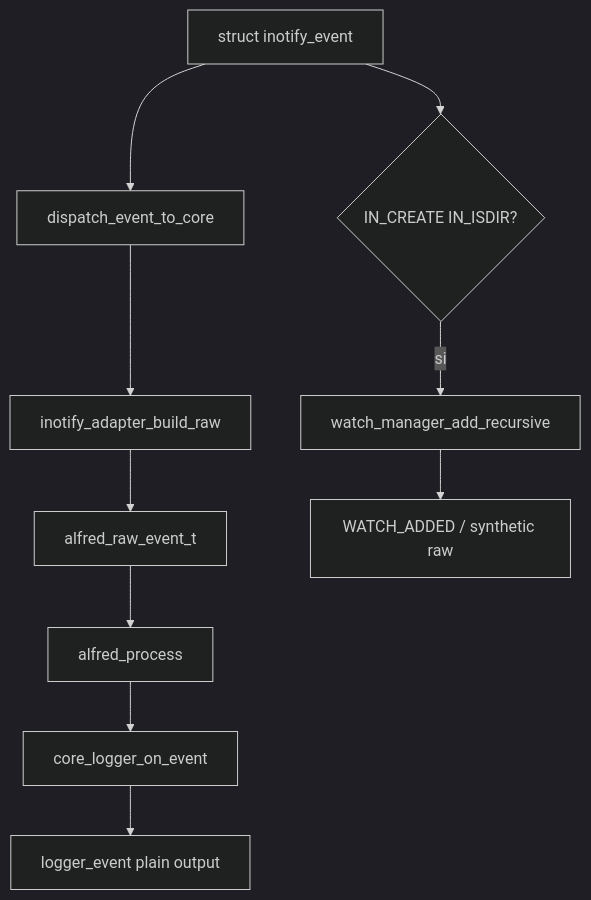
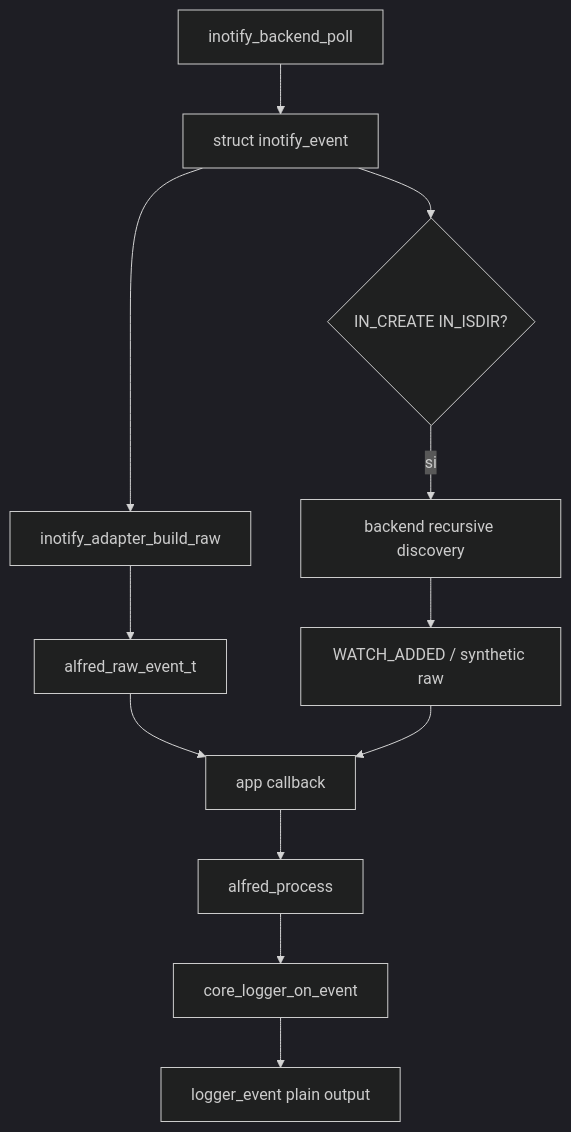
One commit to kinderp/alfred changed the third of 3 diagrams in docs/it/07-flusso-eventi.md. Above: the diagram before and after it, drawn with Mermaid (dark theme). The commit also changed other lines of this file and 9 other files, not shown here.

````diff
--- a/docs/it/07-flusso-eventi.md
+++ b/docs/it/07-flusso-eventi.md
@@ -59,12 +60,14 @@
 ```mermaid
 flowchart TD
-    A[struct inotify_event] --> B[dispatch_event_to_core]
+    A[inotify_backend_poll] --> B[struct inotify_event]
     B --> C[inotify_adapter_build_raw]
     C --> D[alfred_raw_event_t]
-    D --> E[alfred_process]
-    E --> F[core_logger_on_event]
-    F --> G[logger_event plain output]
-    A --> H{IN_CREATE IN_ISDIR?}
-    H -->|si| I[watch_manager_add_recursive]
-    I --> J[WATCH_ADDED / synthetic raw]
+    D --> E[app callback]
+    E --> F[alfred_process]
+    F --> G[core_logger_on_event]
+    G --> H[logger_event plain output]
+    B --> I{IN_CREATE IN_ISDIR?}
+    I -->|si| J[backend recursive discovery]
+    J --> K[WATCH_ADDED / synthetic raw]
+    K --> E
 ```
````
